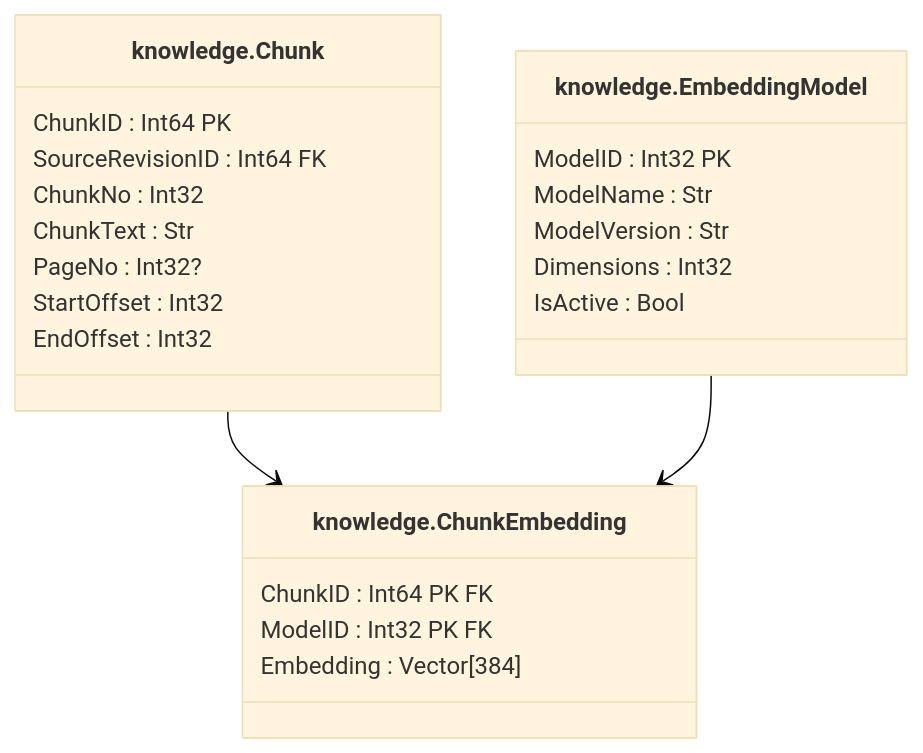
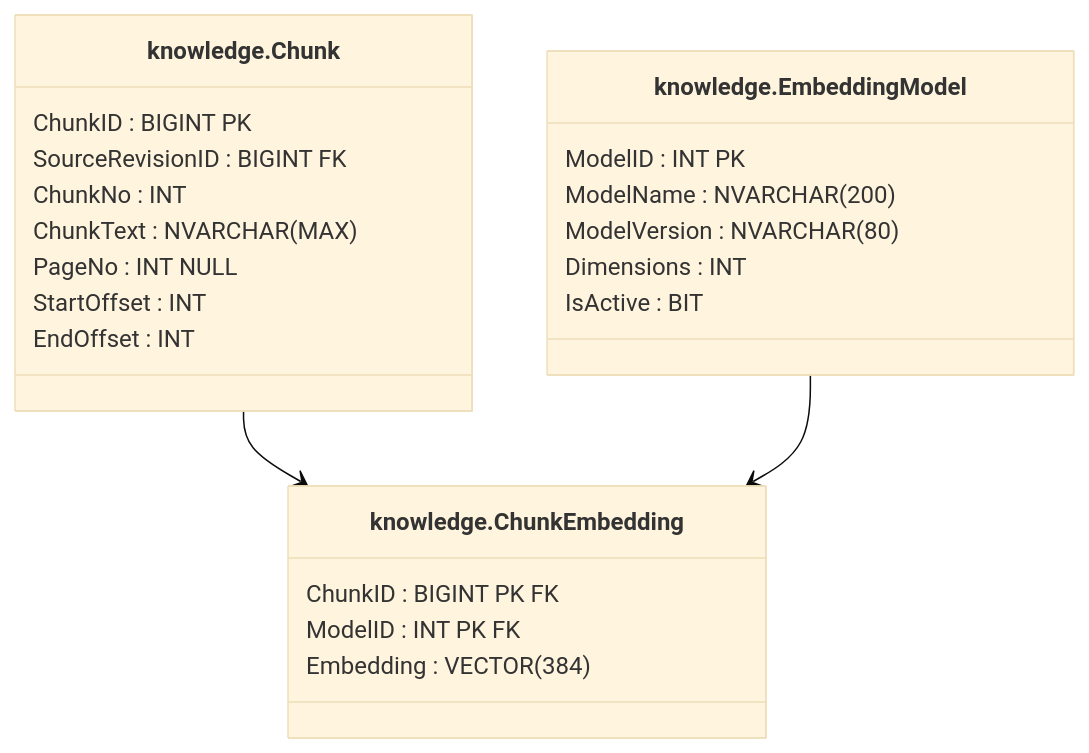
The eighth of 15 diagrams in 03SQL-CourseWork/architecture/database-model.md (lkeey/BIVT-labs), drawn with Mermaid (base theme) before and after one commit. The commit also changed other lines of this file, not shown here.

Commit message:
docs(coursework): use exact T-SQL types in database diagrams

```diff
--- a/03SQL-CourseWork/architecture/database-model.md
+++ b/03SQL-CourseWork/architecture/database-model.md
@@ -310,27 +310,27 @@
 ~~~mermaid
 classDiagram
     direction TB
     class K["knowledge.Chunk"] {
-        ChunkID : Int64 PK
-        SourceRevisionID : Int64 FK
-        ChunkNo : Int32
-        ChunkText : Str
-        PageNo : Int32?
-        StartOffset : Int32
-        EndOffset : Int32
+        ChunkID : BIGINT PK
+        SourceRevisionID : BIGINT FK
+        ChunkNo : INT
+        ChunkText : NVARCHAR#40;MAX#41;
+        PageNo : INT NULL
+        StartOffset : INT
+        EndOffset : INT
     }
     class E["knowledge.ChunkEmbedding"] {
-        ChunkID : Int64 PK FK
-        ModelID : Int32 PK FK
-        Embedding : Vector[384]
+        ChunkID : BIGINT PK FK
+        ModelID : INT PK FK
+        Embedding : VECTOR#40;384#41;
     }
     class M["knowledge.EmbeddingModel"] {
-        ModelID : Int32 PK
-        ModelName : Str
-        ModelVersion : Str
-        Dimensions : Int32
-        IsActive : Bool
+        ModelID : INT PK
+        ModelName : NVARCHAR#40;200#41;
+        ModelVersion : NVARCHAR#40;80#41;
+        Dimensions : INT
+        IsActive : BIT
     }
     K --> E
     M --> E
 ~~~
```
